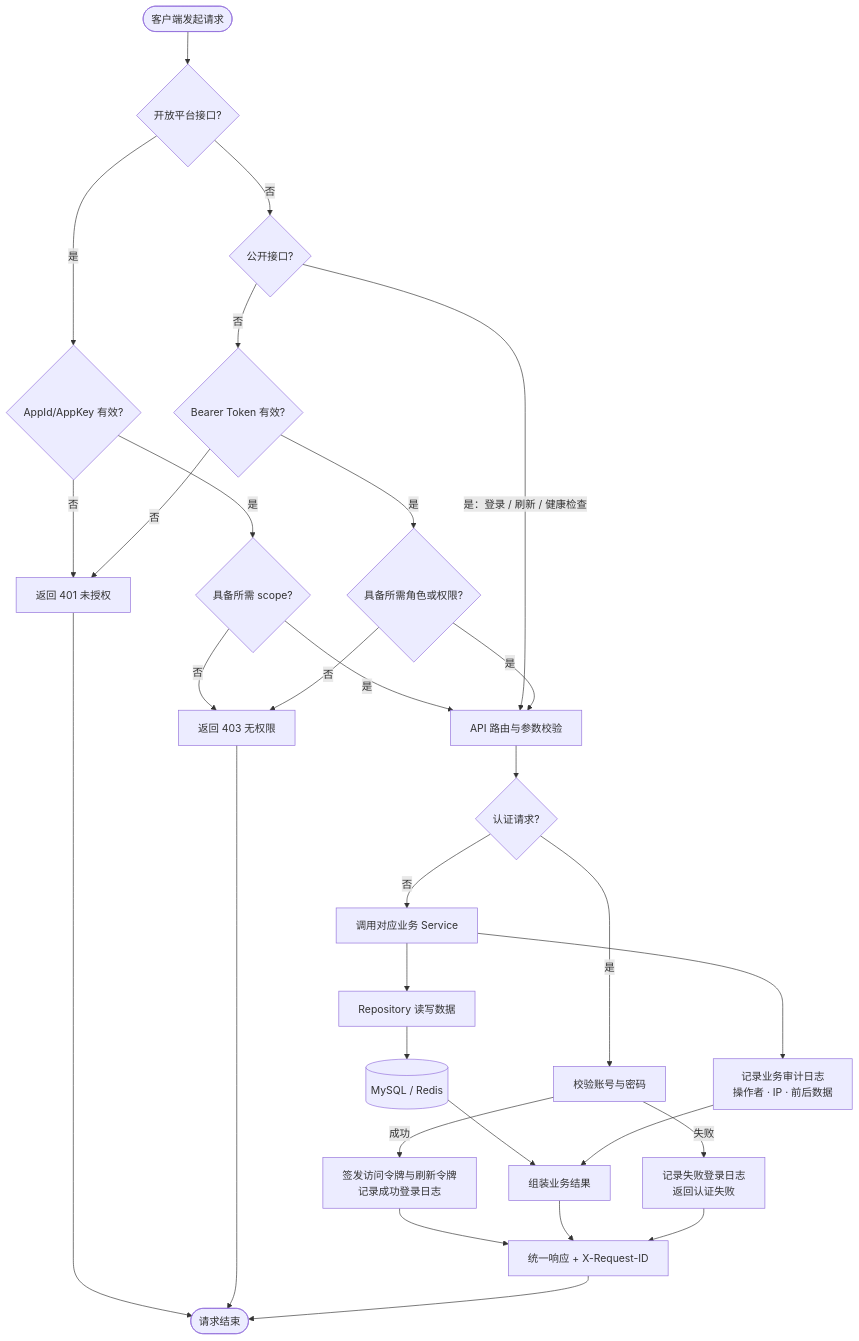
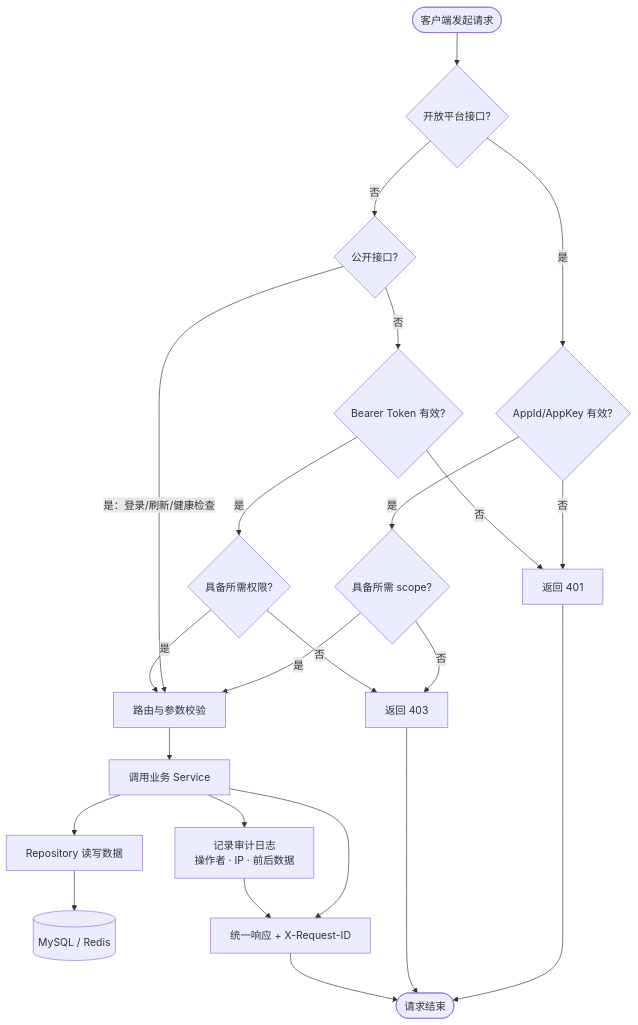
The second of 3 diagrams in server/README.md (cross-lang/x-HanJiang), drawn with Mermaid before and after one commit. The commit also changed other lines of this file and 4 other files, not shown here.

````diff
--- a/server/README.md
+++ b/server/README.md
@@ -302,33 +272,26 @@
 ```mermaid
 flowchart TD
   Start([客户端发起请求]) --> Open{开放平台接口?}
   Open -->|是| AppKey{AppId/AppKey 有效?}
-  AppKey -->|否| Unauthorized[返回 401 未授权]
+  AppKey -->|否| Unauthorized[返回 401]
   AppKey -->|是| Scope{具备所需 scope?}
-  Scope -->|否| Forbidden[返回 403 无权限]
-  Scope -->|是| Route[API 路由与参数校验]
+  Scope -->|否| Forbidden[返回 403]
+  Scope -->|是| Route[路由与参数校验]
   Open -->|否| Public{公开接口?}
-  Public -->|是：登录 / 刷新 / 健康检查| Route[API 路由与参数校验]
+  Public -->|是：登录/刷新/健康检查| Route
   Public -->|否| Token{Bearer Token 有效?}
-  Token -->|否| Unauthorized[返回 401 未授权]
-  Token -->|是| Permission{具备所需角色或权限?}
-  Permission -->|否| Forbidden[返回 403 无权限]
+  Token -->|否| Unauthorized
+  Token -->|是| Permission{具备所需权限?}
+  Permission -->|否| Forbidden
   Permission -->|是| Route
 
-  Route --> Login{认证请求?}
-  Login -->|是| Verify[校验账号与密码]
-  Verify -->|失败| LoginFailed[记录失败登录日志<br/>返回认证失败]
-  Verify -->|成功| IssueToken[签发访问令牌与刷新令牌<br/>记录成功登录日志]
-  Login -->|否| Service[调用对应业务 Service]
+  Route --> Service[调用业务 Service]
   Service --> Repository[Repository 读写数据]
   Repository --> Database[(MySQL / Redis)]
-  Service --> Audit[记录业务审计日志<br/>操作者 · IP · 前后数据]
-  Database --> Result[组装业务结果]
-  Audit --> Result
-  IssueToken --> Response[统一响应 + X-Request-ID]
-  Result --> Response
-  LoginFailed --> Response
+  Service --> Audit[记录审计日志<br/>操作者 · IP · 前后数据]
+  Service --> Response[统一响应 + X-Request-ID]
+  Audit --> Response
   Unauthorized --> End([请求结束])
   Forbidden --> End
   Response --> End
 ```
````
